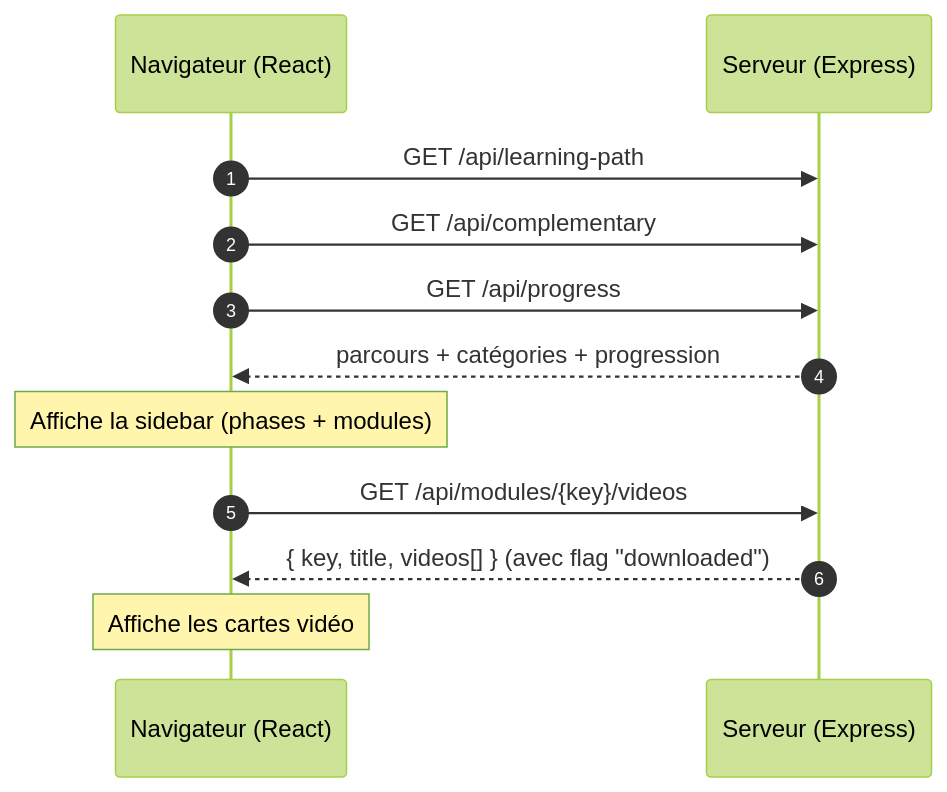
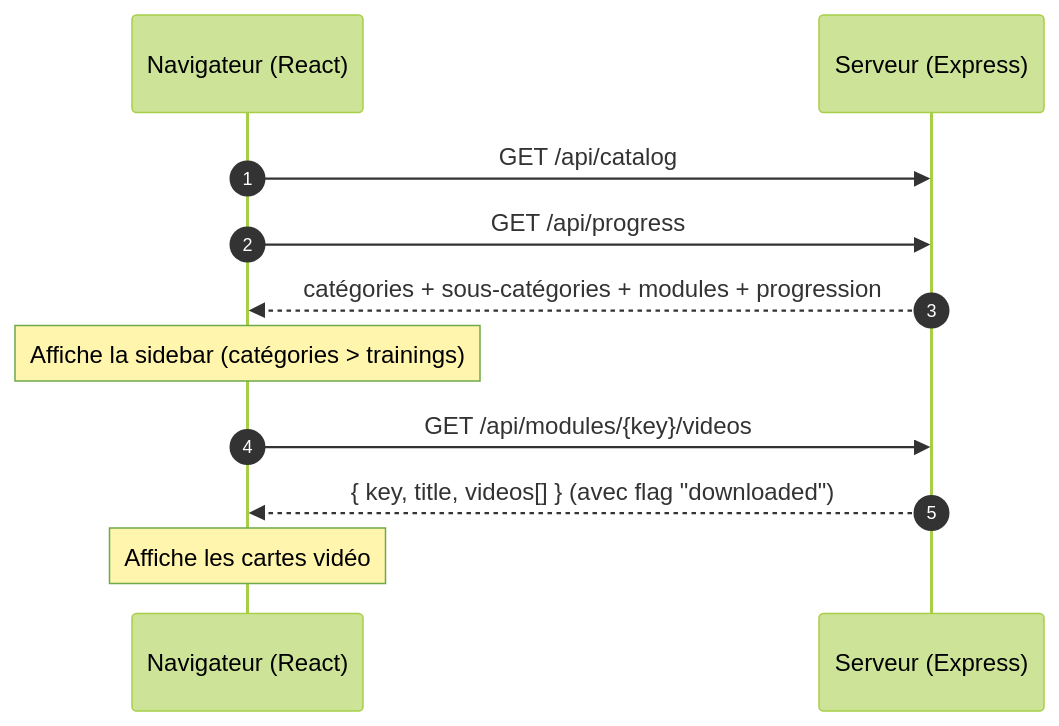
One commit to arnaudsomville/Arset_program changed the first of 5 diagrams in docs/02-sequence-diagrams.md. Above: the diagram before and after it, drawn with Mermaid (forest theme). The commit also changed 237 other files, not shown here.

````diff
--- a/docs/02-sequence-diagrams.md
+++ b/docs/02-sequence-diagrams.md
@@ -8,16 +8,15 @@
 ```mermaid
 sequenceDiagram
     autonumber
     participant B as Navigateur (React)
     participant S as Serveur (Express)
 
-    B->>S: GET /api/learning-path
-    B->>S: GET /api/complementary
+    B->>S: GET /api/catalog
     B->>S: GET /api/progress
-    S-->>B: parcours + catégories + progression
-    Note over B: Affiche la sidebar (phases + modules)
+    S-->>B: catégories + sous-catégories + modules + progression
+    Note over B: Affiche la sidebar (catégories > trainings)
 
     B->>S: GET /api/modules/{key}/videos
     S-->>B: { key, title, videos[] }  (avec flag "downloaded")
     Note over B: Affiche les cartes vidéo
 ```
````
